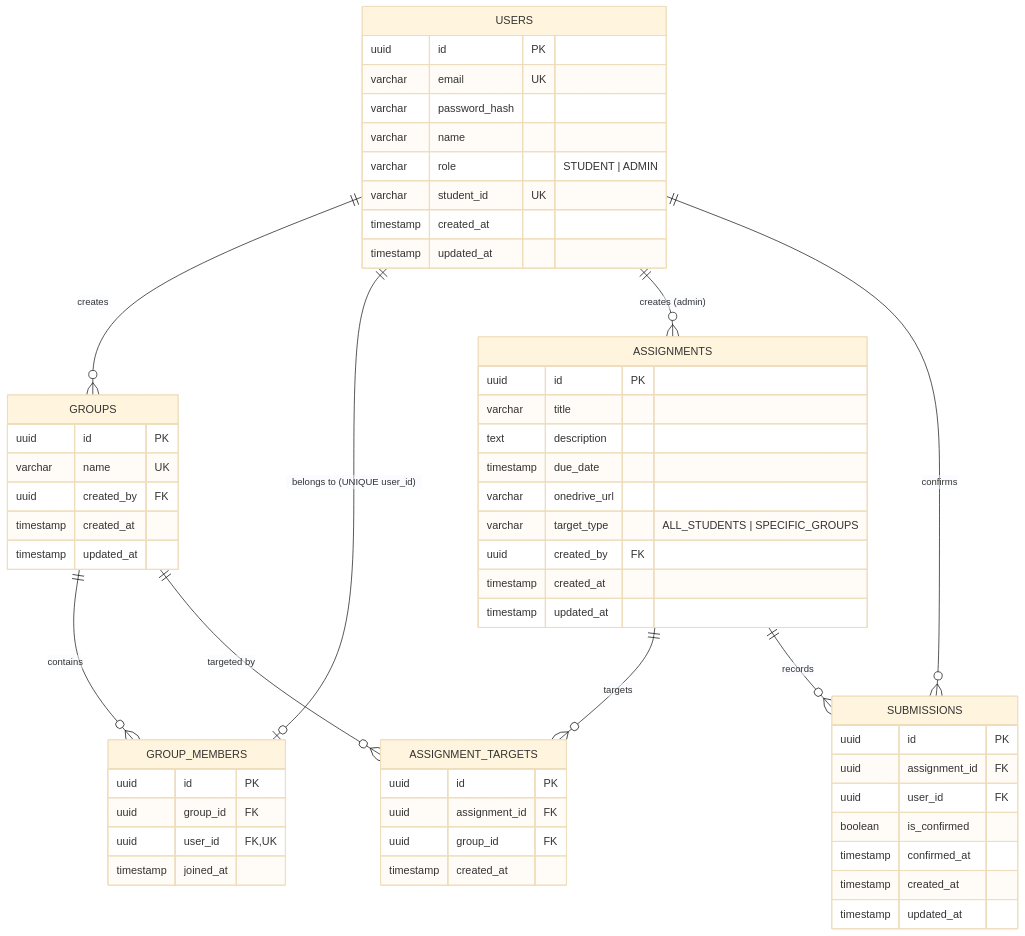
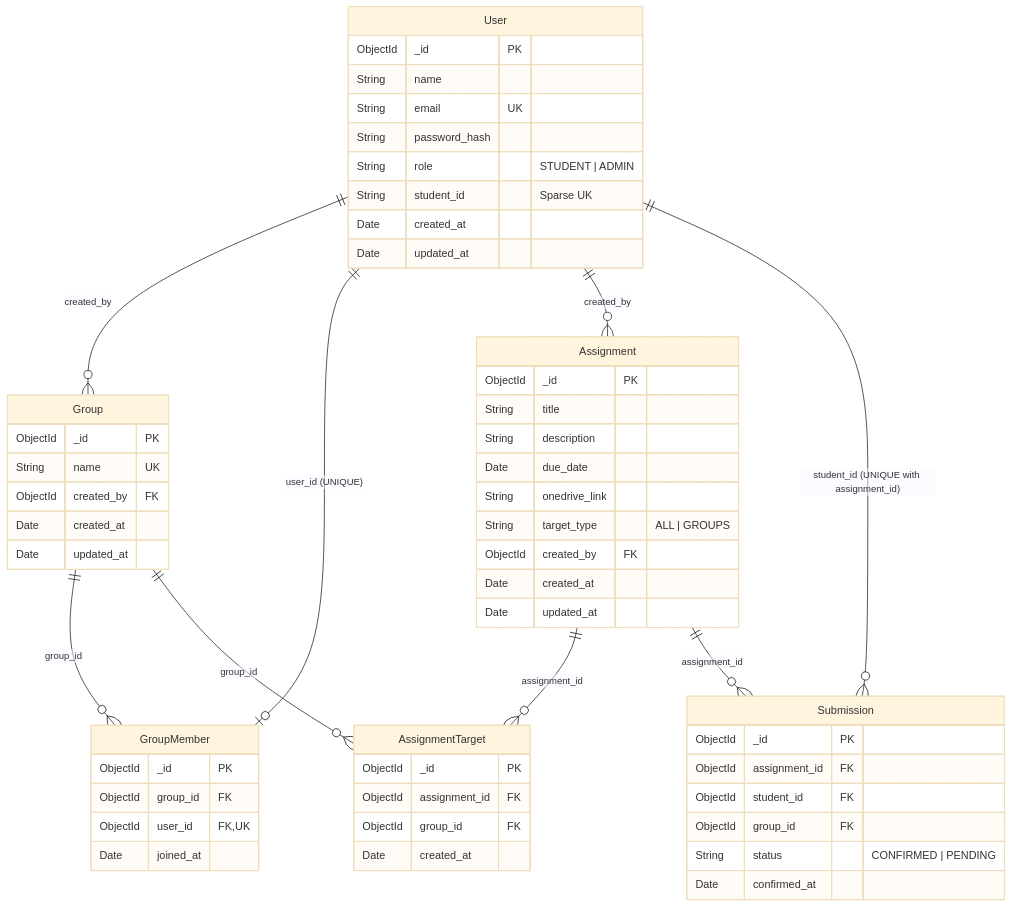
The diagram in docs/database.md (MrGuptaRanjit/joineazy-task-1), drawn with Mermaid (base theme) before and after one commit. The commit also changed other lines of this file and 39 other files, not shown here.

````diff
--- a/docs/database.md
+++ b/docs/database.md
@@ -9,66 +9,65 @@
 ```mermaid
 erDiagram
-    USERS ||--o{ GROUPS : "creates"
-    USERS ||--o| GROUP_MEMBERS : "belongs to (UNIQUE user_id)"
-    GROUPS ||--o{ GROUP_MEMBERS : "contains"
-    USERS ||--o{ ASSIGNMENTS : "creates (admin)"
-    ASSIGNMENTS ||--o{ ASSIGNMENT_TARGETS : "targets"
-    GROUPS ||--o{ ASSIGNMENT_TARGETS : "targeted by"
-    USERS ||--o{ SUBMISSIONS : "confirms"
-    ASSIGNMENTS ||--o{ SUBMISSIONS : "records"
+    User ||--o{ Group : "created_by"
+    User ||--o| GroupMember : "user_id (UNIQUE)"
+    Group ||--o{ GroupMember : "group_id"
+    User ||--o{ Assignment : "created_by"
+    Assignment ||--o{ AssignmentTarget : "assignment_id"
+    Group ||--o{ AssignmentTarget : "group_id"
+    User ||--o{ Submission : "student_id (UNIQUE with assignment_id)"
+    Assignment ||--o{ Submission : "assignment_id"
 
-    USERS {
-        uuid id PK
-        varchar email UK
-        varchar password_hash
-        varchar name
-        varchar role "STUDENT | ADMIN"
-        varchar student_id UK
-        timestamp created_at
-        timestamp updated_at
+    User {
+        ObjectId _id PK
+        String name
+        String email UK
+        String password_hash
+        String role "STUDENT | ADMIN"
+        String student_id "Sparse UK"
+        Date created_at
+        Date updated_at
     }
 
-    GROUPS {
-        uuid id PK
-        varchar name UK
-        uuid created_by FK
-        timestamp created_at
-        timestamp updated_at
+    Group {
+        ObjectId _id PK
+        String name UK
+        ObjectId created_by FK
+        Date created_at
+        Date updated_at
     }
 
-    GROUP_MEMBERS {
-        uuid id PK
-        uuid group_id FK
-        uuid user_id FK, UK
-        timestamp joined_at
+    GroupMember {
+        ObjectId _id PK
+        ObjectId group_id FK
+        ObjectId user_id FK, UK
+        Date joined_at
     }
 
-    ASSIGNMENTS {
-        uuid id PK
-        varchar title
-        text description
-        timestamp due_date
-        varchar onedrive_url
-        varchar target_type "ALL_STUDENTS | SPECIFIC_GROUPS"
-        uuid created_by FK
-        timestamp created_at
-        timestamp updated_at
+    Assignment {
+        ObjectId _id PK
+        String title
+        String description
+        Date due_date
+        String onedrive_link
+        String target_type "ALL | GROUPS"
+        ObjectId created_by FK
+        Date created_at
+        Date updated_at
     }
 
-    ASSIGNMENT_TARGETS {
-        uuid id PK
-        uuid assignment_id FK
-        uuid group_id FK
-        timestamp created_at
+    AssignmentTarget {
+        ObjectId _id PK
+        ObjectId assignment_id FK
+        ObjectId group_id FK
+        Date created_at
     }
 
-    SUBMISSIONS {
-        uuid id PK
-        uuid assignment_id FK
-        uuid user_id FK
-        boolean is_confirmed
-        timestamp confirmed_at
-        timestamp created_at
-        timestamp updated_at
+    Submission {
+        ObjectId _id PK
+        ObjectId assignment_id FK
+        ObjectId student_id FK
+        ObjectId group_id FK
+        String status "CONFIRMED | PENDING"
+        Date confirmed_at
     }
 ```
````
